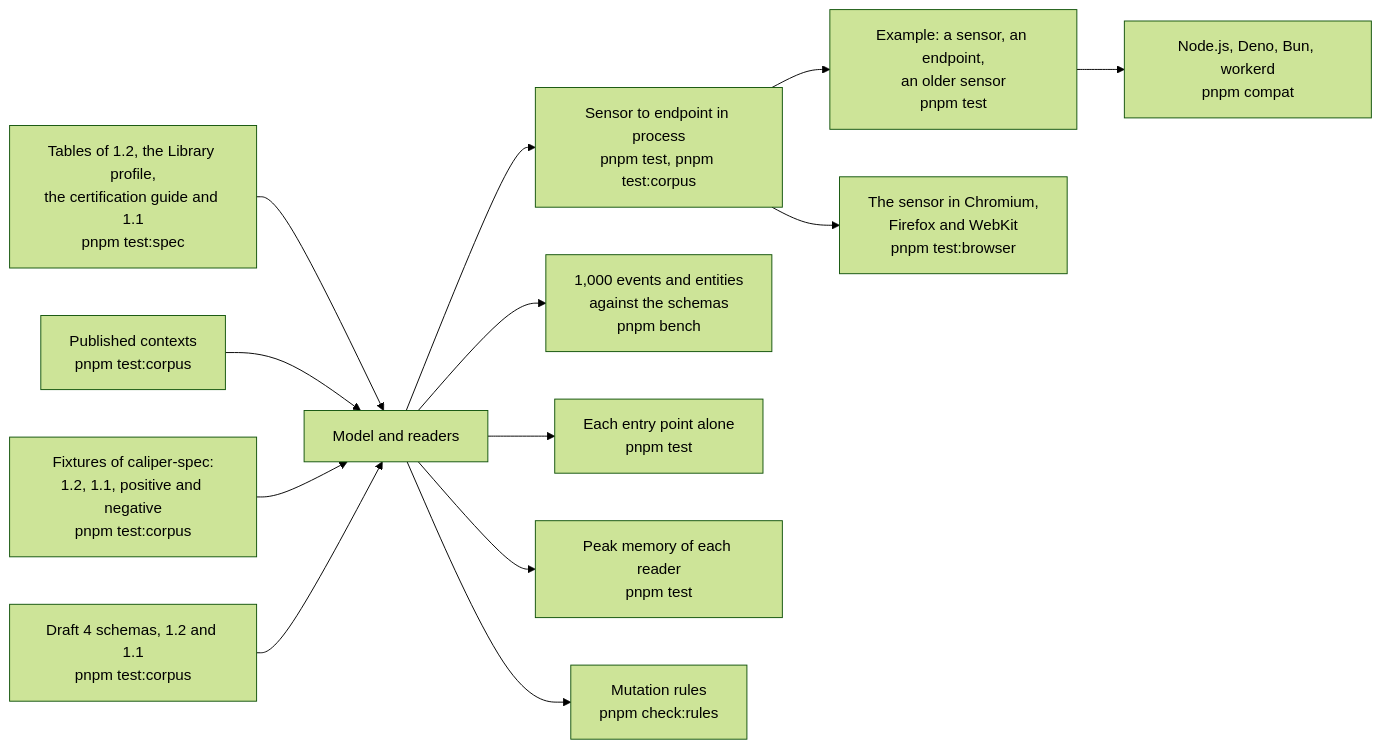
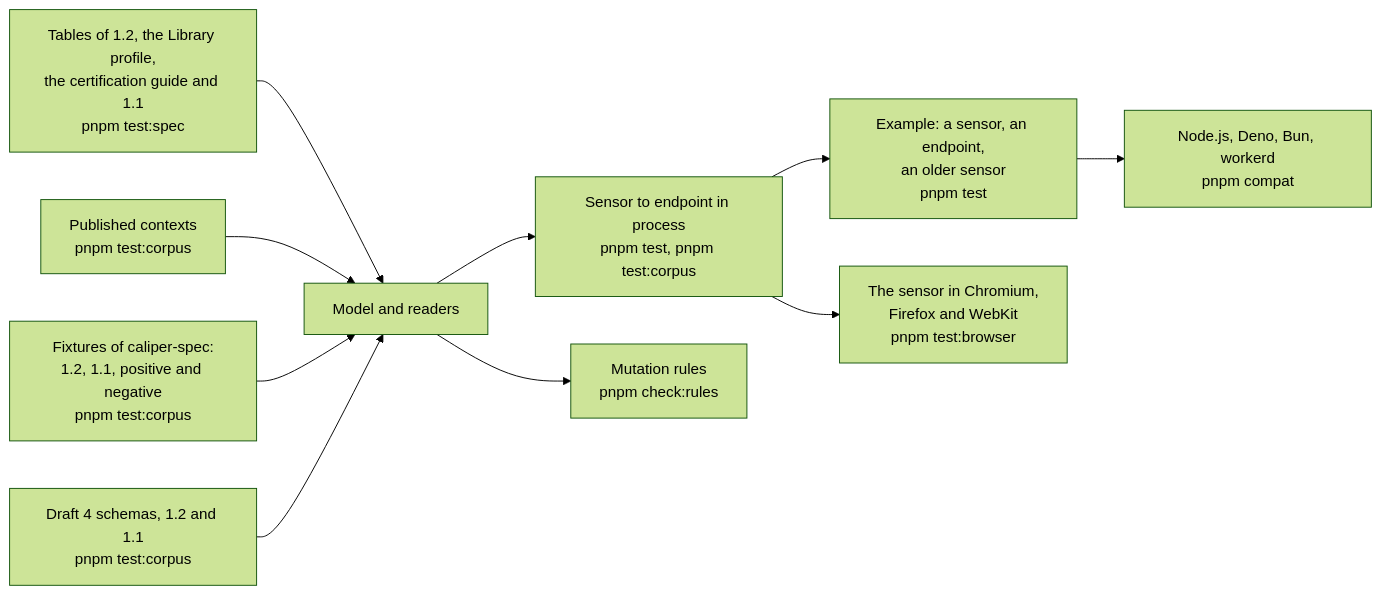
The diagram in docs/learning-analytics/evidence.md (interopkit/interopkit), drawn with Mermaid (forest theme) before and after one commit. The commit also changed other lines of this file and 43 other files, not shown here.

````diff
--- a/docs/learning-analytics/evidence.md
+++ b/docs/learning-analytics/evidence.md
@@ -8,15 +8,12 @@
 ```mermaid
 flowchart LR
   tables["Tables of 1.2, the Library profile,<br/>the certification guide and 1.1<br/>pnpm test:spec"] --> model["Model and readers"]
   contexts["Published contexts<br/>pnpm test:corpus"] --> model
   fixtures["Fixtures of caliper-spec:<br/>1.2, 1.1, positive and negative<br/>pnpm test:corpus"] --> model
   schemas["Draft 4 schemas, 1.2 and 1.1<br/>pnpm test:corpus"] --> model
   model --> roundtrip["Sensor to endpoint in process<br/>pnpm test, pnpm test:corpus"]
   roundtrip --> example["Example: a sensor, an endpoint,<br/>an older sensor<br/>pnpm test"]
   example --> runtimes["Node.js, Deno, Bun, workerd<br/>pnpm compat"]
   roundtrip --> browsers["The sensor in Chromium,<br/>Firefox and WebKit<br/>pnpm test:browser"]
-  model --> speed["1,000 events and entities<br/>against the schemas<br/>pnpm bench"]
-  model --> size["Each entry point alone<br/>pnpm test"]
-  model --> memory["Peak memory of each reader<br/>pnpm test"]
   model --> rules["Mutation rules<br/>pnpm check:rules"]
 ```
````
